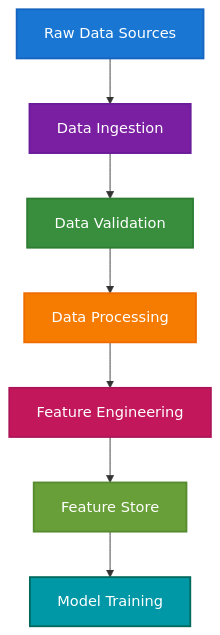
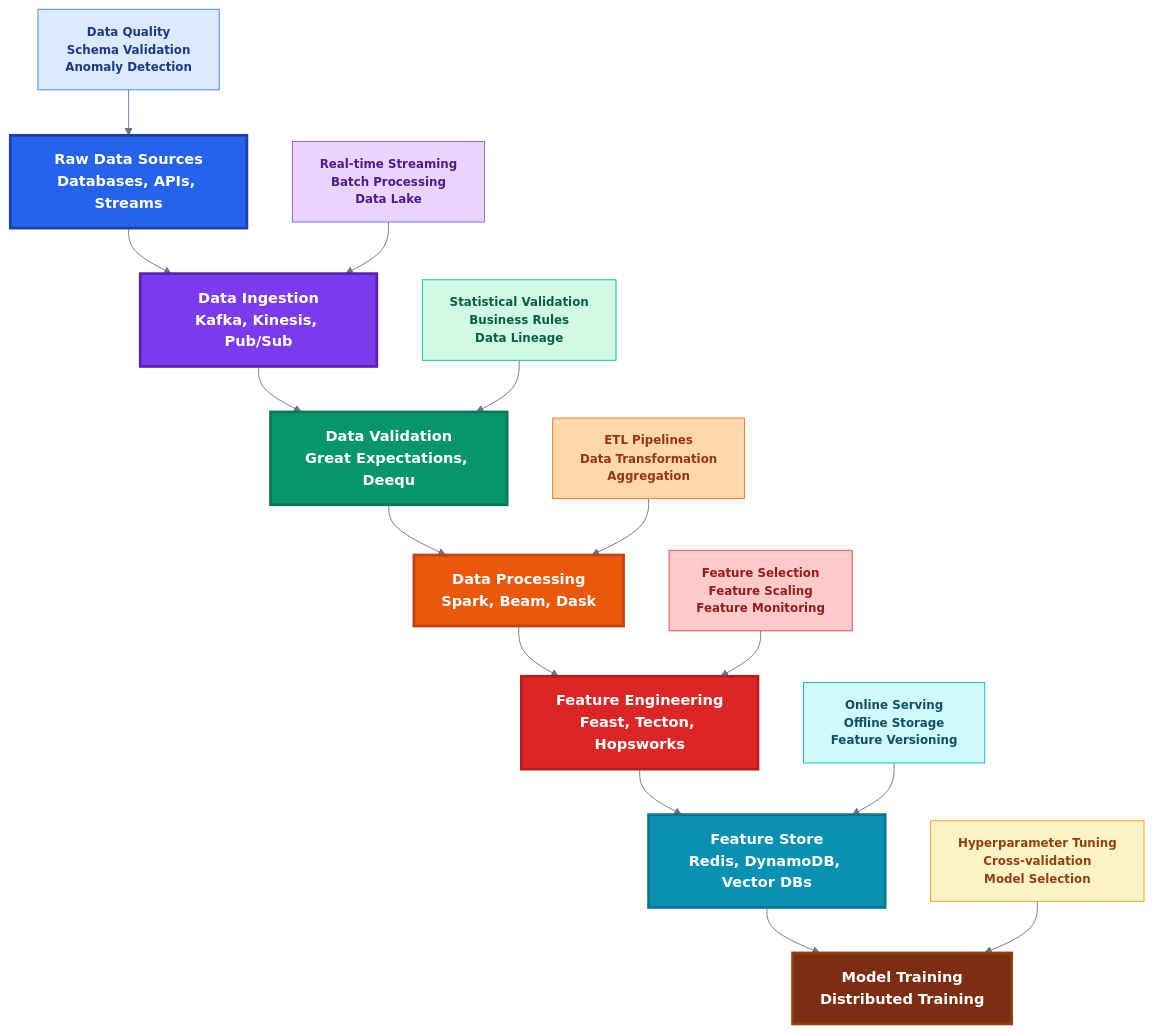
One commit to khaosans/articles changed the second of 6 diagrams in guides/implementation/mlops-architecture.md. Above: the diagram before and after it, drawn with Mermaid. The commit also changed other lines of this file and 91 other files, not shown here.

````diff
--- a/guides/implementation/mlops-architecture.md
+++ b/guides/implementation/mlops-architecture.md
@@ -41,17 +114,34 @@
 ```mermaid
+%%{init: {'theme': 'base', 'themeVariables': { 'fontSize': '13px', 'fontFamily': 'Segoe UI, Arial, sans-serif', 'primaryColor': '#2563eb', 'primaryTextColor': '#ffffff', 'primaryBorderColor': '#1e40af', 'lineColor': '#64748b', 'secondaryColor': '#7c3aed', 'tertiaryColor': '#059669'}}}%%
 flowchart TD
-    A[Raw Data Sources] --> B[Data Ingestion]
-    B --> C[Data Validation]
-    C --> D[Data Processing]
-    D --> E[Feature Engineering]
-    E --> F[Feature Store]
-    F --> G[Model Training]
+    A["Raw Data Sources<br/>Databases, APIs, Streams"] --> B["Data Ingestion<br/>Kafka, Kinesis, Pub/Sub"]
+    B --> C["Data Validation<br/>Great Expectations, Deequ"]
+    C --> D["Data Processing<br/>Spark, Beam, Dask"]
+    D --> E["Feature Engineering<br/>Feast, Tecton, Hopsworks"]
+    E --> F["Feature Store<br/>Redis, DynamoDB, Vector DBs"]
+    F --> G["Model Training<br/>Distributed Training"]
     
-    style A fill:#1976d2,stroke:#1565c0,stroke-width:2px,color:#ffffff
-    style B fill:#7b1fa2,stroke:#6a1b9a,stroke-width:2px,color:#ffffff
-    style C fill:#388e3c,stroke:#2e7d32,stroke-width:2px,color:#ffffff
-    style D fill:#f57c00,stroke:#ef6c00,stroke-width:2px,color:#ffffff
-    style E fill:#c2185b,stroke:#ad1457,stroke-width:2px,color:#ffffff
-    style F fill:#689f38,stroke:#558b2f,stroke-width:2px,color:#ffffff
-    style G fill:#0097a7,stroke:#00695c,stroke-width:2px,color:#ffffff
+    A1["Data Quality<br/>Schema Validation<br/>Anomaly Detection"] --> A
+    B1["Real-time Streaming<br/>Batch Processing<br/>Data Lake"] --> B
+    C1["Statistical Validation<br/>Business Rules<br/>Data Lineage"] --> C
+    D1["ETL Pipelines<br/>Data Transformation<br/>Aggregation"] --> D
+    E1["Feature Selection<br/>Feature Scaling<br/>Feature Monitoring"] --> E
+    F1["Online Serving<br/>Offline Storage<br/>Feature Versioning"] --> F
+    G1["Hyperparameter Tuning<br/>Cross-validation<br/>Model Selection"] --> G
+    
+    style A fill:#2563eb,stroke:#1e40af,stroke-width:3px,color:#ffffff,font-weight:bold,font-size:16px
+    style B fill:#7c3aed,stroke:#5b21b6,stroke-width:3px,color:#ffffff,font-weight:bold,font-size:16px
+    style C fill:#059669,stroke:#047857,stroke-width:3px,color:#ffffff,font-weight:bold,font-size:16px
+    style D fill:#ea580c,stroke:#c2410c,stroke-width:3px,color:#ffffff,font-weight:bold,font-size:16px
+    style E fill:#dc2626,stroke:#b91c1c,stroke-width:3px,color:#ffffff,font-weight:bold,font-size:16px
+    style F fill:#0891b2,stroke:#0e7490,stroke-width:3px,color:#ffffff,font-weight:bold,font-size:16px
+    style G fill:#7c2d12,stroke:#92400e,stroke-width:3px,color:#ffffff,font-weight:bold,font-size:16px
+    
+    style A1 fill:#dbeafe,stroke:#3b82f6,stroke-width:1px,color:#1e3a8a,font-weight:bold
+    style B1 fill:#e9d5ff,stroke:#8b5cf6,stroke-width:1px,color:#4c1d95,font-weight:bold
+    style C1 fill:#d1fae5,stroke:#10b981,stroke-width:1px,color:#065f46,font-weight:bold
+    style D1 fill:#fed7aa,stroke:#f97316,stroke-width:1px,color:#9a3412,font-weight:bold
+    style E1 fill:#fecaca,stroke:#ef4444,stroke-width:1px,color:#991b1b,font-weight:bold
+    style F1 fill:#cffafe,stroke:#06b6d4,stroke-width:1px,color:#164e63,font-weight:bold
+    style G1 fill:#fef3c7,stroke:#f59e0b,stroke-width:1px,color:#92400e,font-weight:bold
 ```
````
